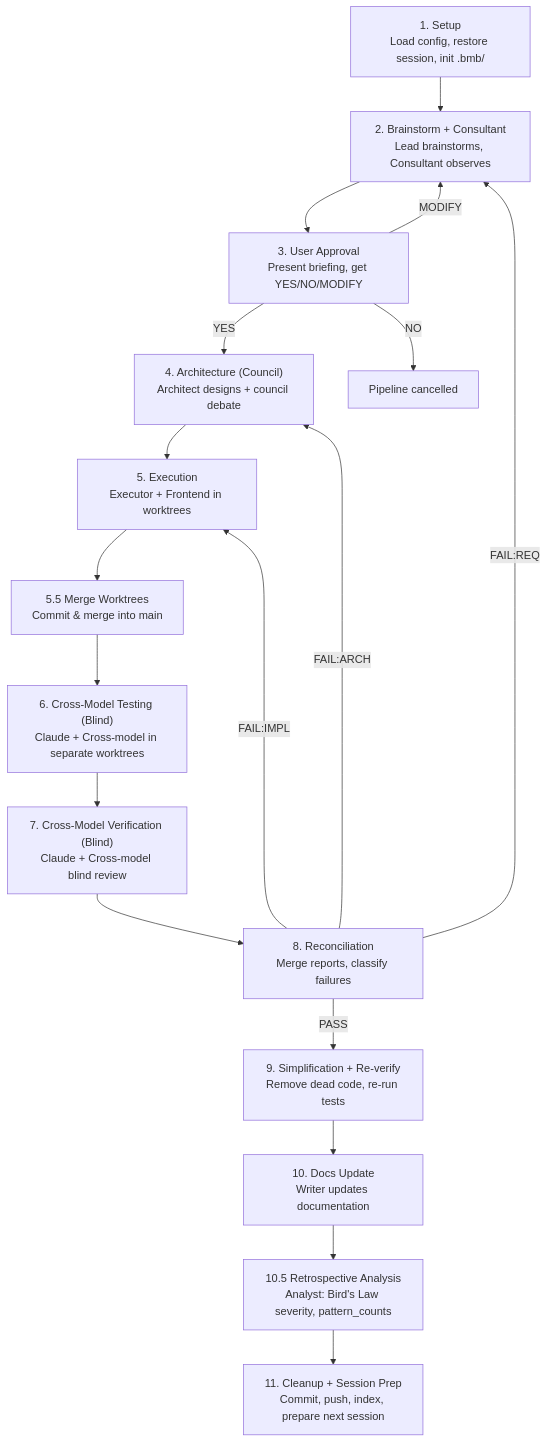
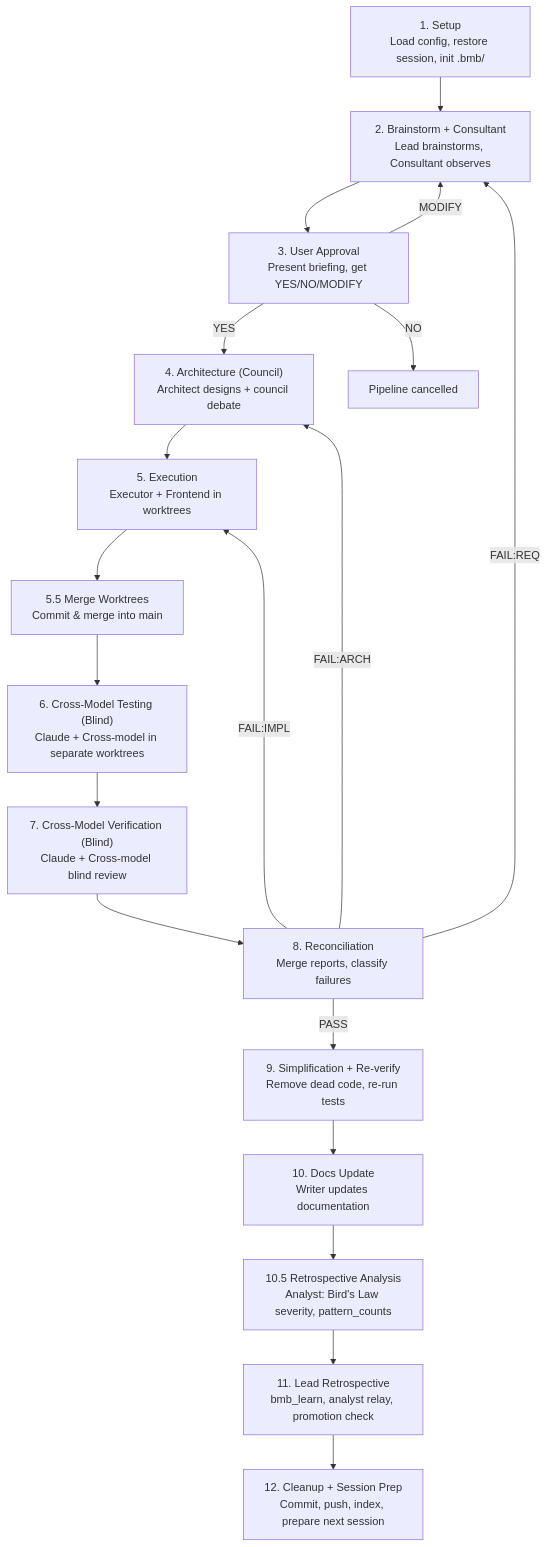
Before and after one commit to blacklettertimeoff432/be-my-butler: the second of 2 diagrams in docs/architecture.md, drawn with Mermaid. The commit also changed other lines of this file and 33 other files, not shown here.

````diff
--- a/docs/architecture.md
+++ b/docs/architecture.md
@@ -114,26 +114,27 @@
 ```mermaid
 flowchart TD
     S1["1. Setup<br/>Load config, restore session, init .bmb/"]
     S2["2. Brainstorm + Consultant<br/>Lead brainstorms, Consultant observes"]
     S3["3. User Approval<br/>Present briefing, get YES/NO/MODIFY"]
     S4["4. Architecture (Council)<br/>Architect designs + council debate"]
     S5["5. Execution<br/>Executor + Frontend in worktrees"]
     S55["5.5 Merge Worktrees<br/>Commit & merge into main"]
     S6["6. Cross-Model Testing (Blind)<br/>Claude + Cross-model in separate worktrees"]
     S7["7. Cross-Model Verification (Blind)<br/>Claude + Cross-model blind review"]
     S8["8. Reconciliation<br/>Merge reports, classify failures"]
     S9["9. Simplification + Re-verify<br/>Remove dead code, re-run tests"]
     S10["10. Docs Update<br/>Writer updates documentation"]
     S105["10.5 Retrospective Analysis<br/>Analyst: Bird's Law severity, pattern_counts"]
-    S11["11. Cleanup + Session Prep<br/>Commit, push, index, prepare next session"]
+    S11["11. Lead Retrospective<br/>bmb_learn, analyst relay, promotion check"]
+    S12["12. Cleanup + Session Prep<br/>Commit, push, index, prepare next session"]
 
     S1 --> S2 --> S3
     S3 -->|YES| S4
     S3 -->|NO| END["Pipeline cancelled"]
     S3 -->|MODIFY| S2
     S4 --> S5 --> S55 --> S6 --> S7 --> S8
-    S8 -->|PASS| S9 --> S10 --> S105 --> S11
+    S8 -->|PASS| S9 --> S10 --> S105 --> S11 --> S12
     S8 -->|FAIL:IMPL| S5
     S8 -->|FAIL:ARCH| S4
     S8 -->|FAIL:REQ| S2
 ```
````
